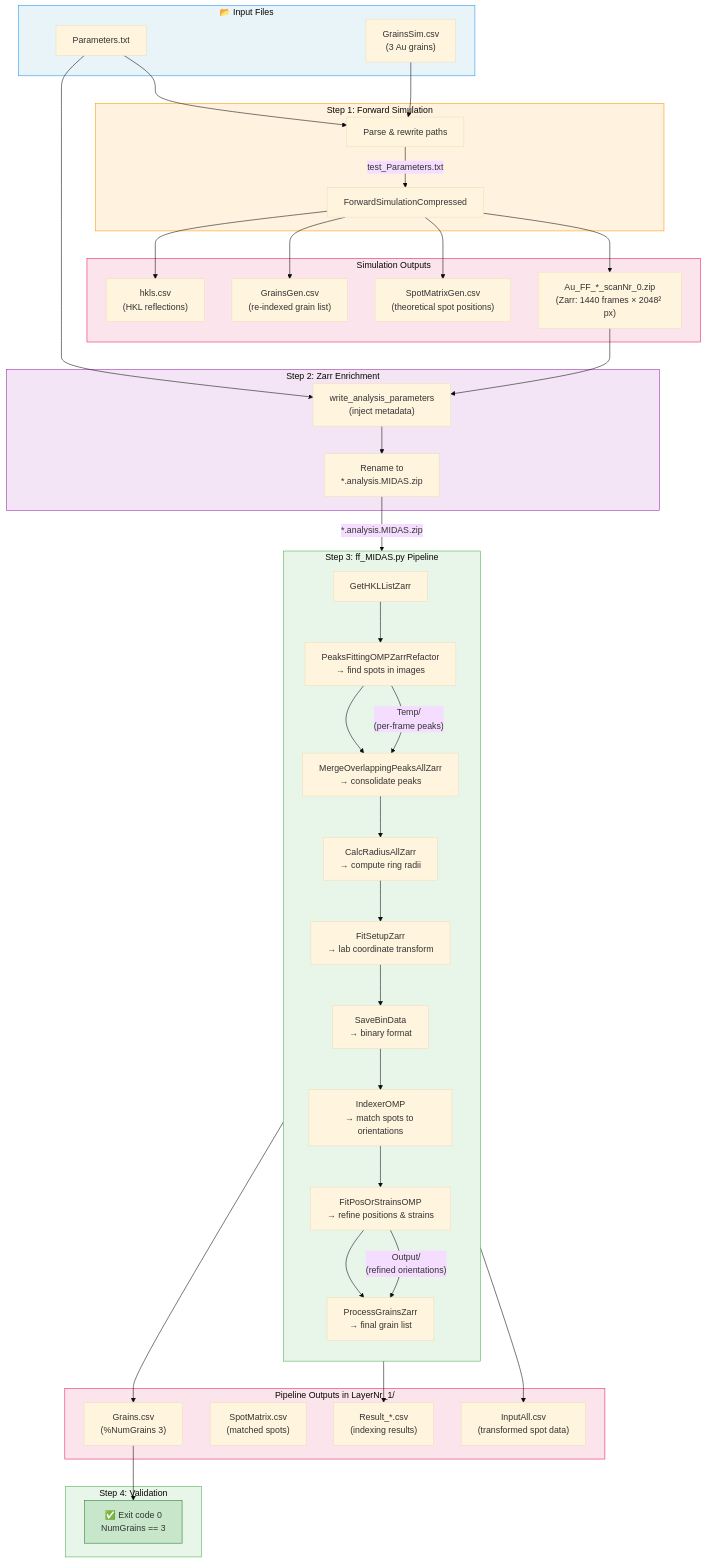
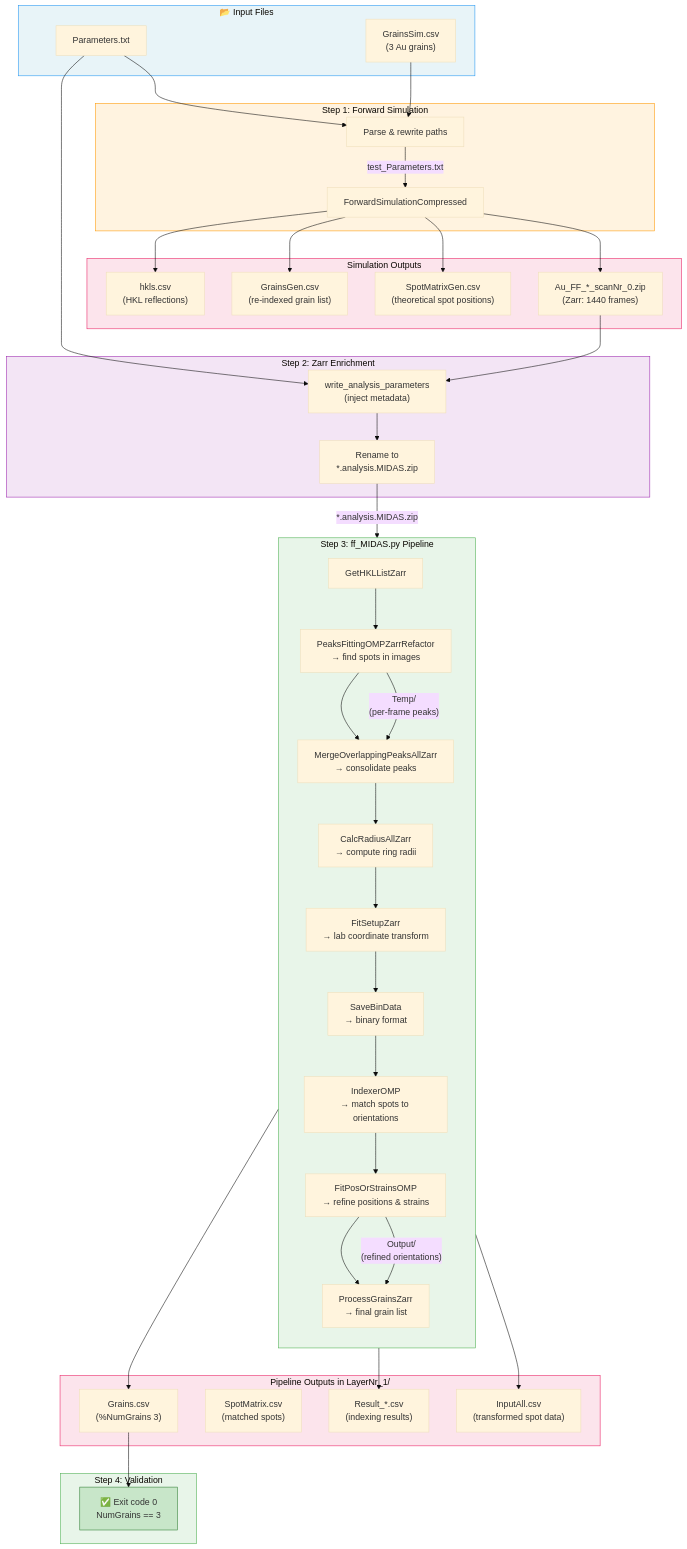
Before and after one commit to marinerhemant/MIDAS: the diagram in manuals/FF_Benchmark.md, drawn with Mermaid (base theme).

Commit message:
Corrected formatting for benchmark manual

```diff
--- a/manuals/FF_Benchmark.md
+++ b/manuals/FF_Benchmark.md
@@ -17,7 +17,7 @@
 flowchart TD
     subgraph Inputs["📂 Input Files"]
         PARAMS["Parameters.txt"]
-        GRAINS_IN["GrainsSim.csv\n(3 Au grains)"]
+        GRAINS_IN["GrainsSim.csv<br/>(3 Au grains)"]
     end
 
     subgraph Step1["Step 1: Forward Simulation"]
@@ -29,10 +29,10 @@
     end
 
     subgraph Step1Out["Simulation Outputs"]
-        ZIP_RAW["Au_FF_*_scanNr_0.zip\n(Zarr: 1440 frames × 2048² px)"]
-        SPOT_MAT["SpotMatrixGen.csv\n(theoretical spot positions)"]
-        GRAINS_GEN["GrainsGen.csv\n(re-indexed grain list)"]
-        HKLS_SIM["hkls.csv\n(HKL reflections)"]
+        ZIP_RAW["Au_FF_*_scanNr_0.zip<br/>(Zarr: 1440 frames)"]
+        SPOT_MAT["SpotMatrixGen.csv<br/>(theoretical spot positions)"]
+        GRAINS_GEN["GrainsGen.csv<br/>(re-indexed grain list)"]
+        HKLS_SIM["hkls.csv<br/>(HKL reflections)"]
     end
 
     FWD --> ZIP_RAW
@@ -41,8 +41,8 @@
     FWD --> HKLS_SIM
 
     subgraph Step2["Step 2: Zarr Enrichment"]
-        ENRICH["write_analysis_parameters\n(inject metadata)"]
-        RENAME["Rename to\n*.analysis.MIDAS.zip"]
+        ENRICH["write_analysis_parameters<br/>(inject metadata)"]
+        RENAME["Rename to<br/>*.analysis.MIDAS.zip"]
     end
 
     ZIP_RAW --> ENRICH
@@ -52,14 +52,14 @@
     subgraph Step3["Step 3: ff_MIDAS.py Pipeline"]
         direction TB
         HKLGEN["GetHKLListZarr"]
-        PEAKS["PeaksFittingOMPZarrRefactor\n→ find spots in images"]
-        MERGE["MergeOverlappingPeaksAllZarr\n→ consolidate peaks"]
-        CALCR["CalcRadiusAllZarr\n→ compute ring radii"]
-        FITS["FitSetupZarr\n→ lab coordinate transform"]
-        BIND["SaveBinData\n→ binary format"]
-        INDEX["IndexerOMP\n→ match spots to orientations"]
-        REFINE["FitPosOrStrainsOMP\n→ refine positions & strains"]
-        PROCG["ProcessGrainsZarr\n→ final grain list"]
+        PEAKS["PeaksFittingOMPZarrRefactor<br/>→ find spots in images"]
+        MERGE["MergeOverlappingPeaksAllZarr<br/>→ consolidate peaks"]
+        CALCR["CalcRadiusAllZarr<br/>→ compute ring radii"]
+        FITS["FitSetupZarr<br/>→ lab coordinate transform"]
+        BIND["SaveBinData<br/>→ binary format"]
+        INDEX["IndexerOMP<br/>→ match spots to orientations"]
+        REFINE["FitPosOrStrainsOMP<br/>→ refine positions & strains"]
+        PROCG["ProcessGrainsZarr<br/>→ final grain list"]
 
         HKLGEN --> PEAKS
         PEAKS --> MERGE
@@ -74,20 +74,20 @@
     RENAME -->|"*.analysis.MIDAS.zip"| HKLGEN
 
     subgraph Step3Out["Pipeline Outputs in LayerNr_1/"]
-        INPUTALL["InputAll.csv\n(transformed spot data)"]
-        SPOTM["SpotMatrix.csv\n(matched spots)"]
-        RESULT["Result_*.csv\n(indexing results)"]
-        GRAINS_OUT["Grains.csv\n(%NumGrains 3)"]
+        INPUTALL["InputAll.csv<br/>(transformed spot data)"]
+        SPOTM["SpotMatrix.csv<br/>(matched spots)"]
+        RESULT["Result_*.csv<br/>(indexing results)"]
+        GRAINS_OUT["Grains.csv<br/>(%NumGrains 3)"]
     end
 
-    PEAKS -->|"Temp/\n(per-frame peaks)"| MERGE
+    PEAKS -->|"Temp/<br/>(per-frame peaks)"| MERGE
     FITS --> INPUTALL
     INDEX --> RESULT
     PROCG --> GRAINS_OUT
-    REFINE -->|"Output/\n(refined orientations)"| PROCG
+    REFINE -->|"Output/<br/>(refined orientations)"| PROCG
 
     subgraph Step4["Step 4: Validation"]
-        CHECK["✅ Exit code 0\nNumGrains == 3"]
+        CHECK["✅ Exit code 0<br/>NumGrains == 3"]
     end
 
     GRAINS_OUT --> CHECK
```
